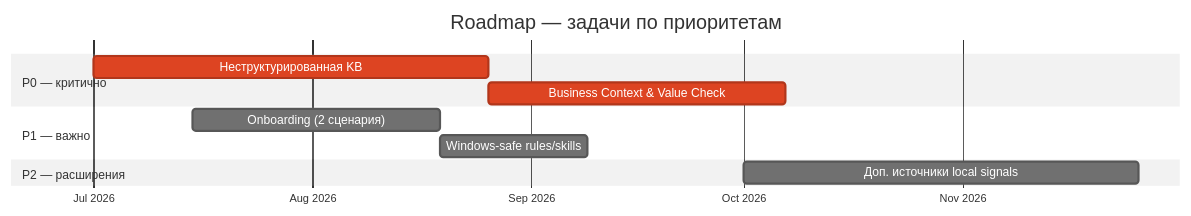
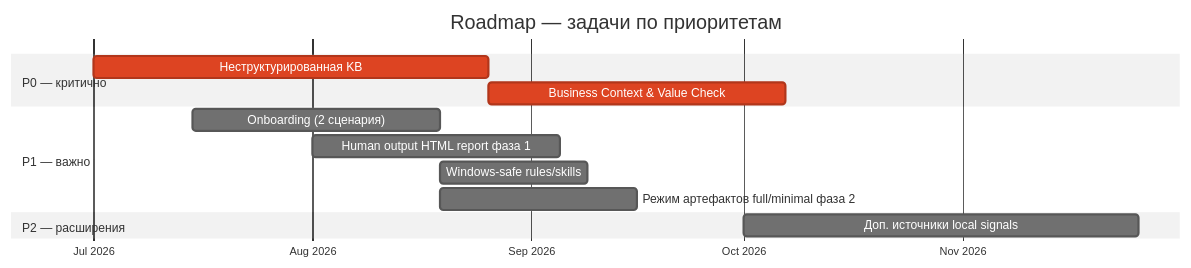
Before and after one commit to SergeyNash/hypothesis-stress-test: the diagram in roadmap/README.md, drawn with Mermaid (neutral theme). The commit also changed other lines of this file, not shown here.

Commit message:
Update roadmap documentation to include a new section on Human output and artifact modes. Introduce phases for HTML report generation and user-configurable artifact display modes, enhancing clarity on the output structure and user interaction during onboarding.

````diff
--- a/roadmap/README.md
+++ b/roadmap/README.md
@@ -10,18 +10,20 @@
 ```mermaid
 gantt
     title Roadmap — задачи по приоритетам
     dateFormat YYYY-MM-DD
     axisFormat %b %Y
     todayMarker on
 
     section P0 — критично
     Неструктурированная KB                  :crit, p0kb, 2026-07-01, 8w
     Business Context & Value Check            :crit, p0biz, after p0kb, 6w
 
     section P1 — важно
     Onboarding (2 сценария)                   :p1on, 2026-07-15, 5w
+    Human output HTML report фаза 1             :p1html, 2026-08-01, 5w
     Windows-safe rules/skills                 :p1win, after p1on, 3w
+    Режим артефактов full/minimal фаза 2      :p1modes, after p1on, 4w
 
     section P2 — расширения
     Доп. источники local signals              :p2sig, 2026-10-01, 8w
 ```
````
